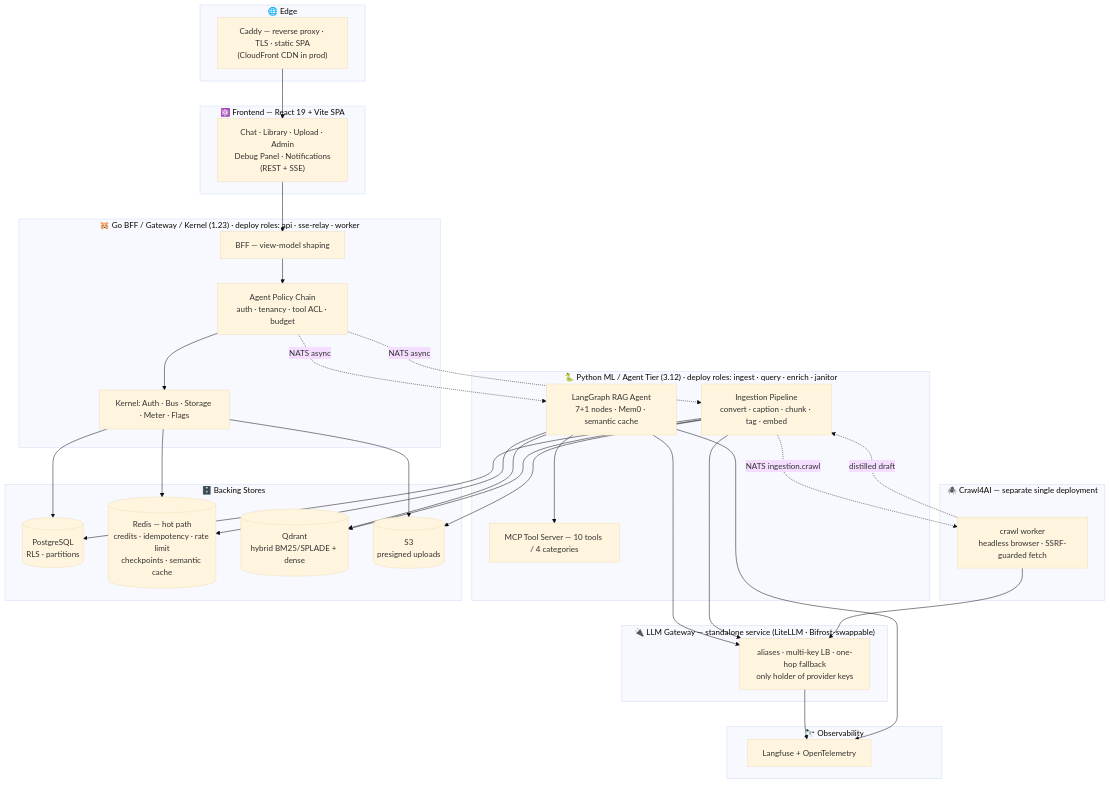
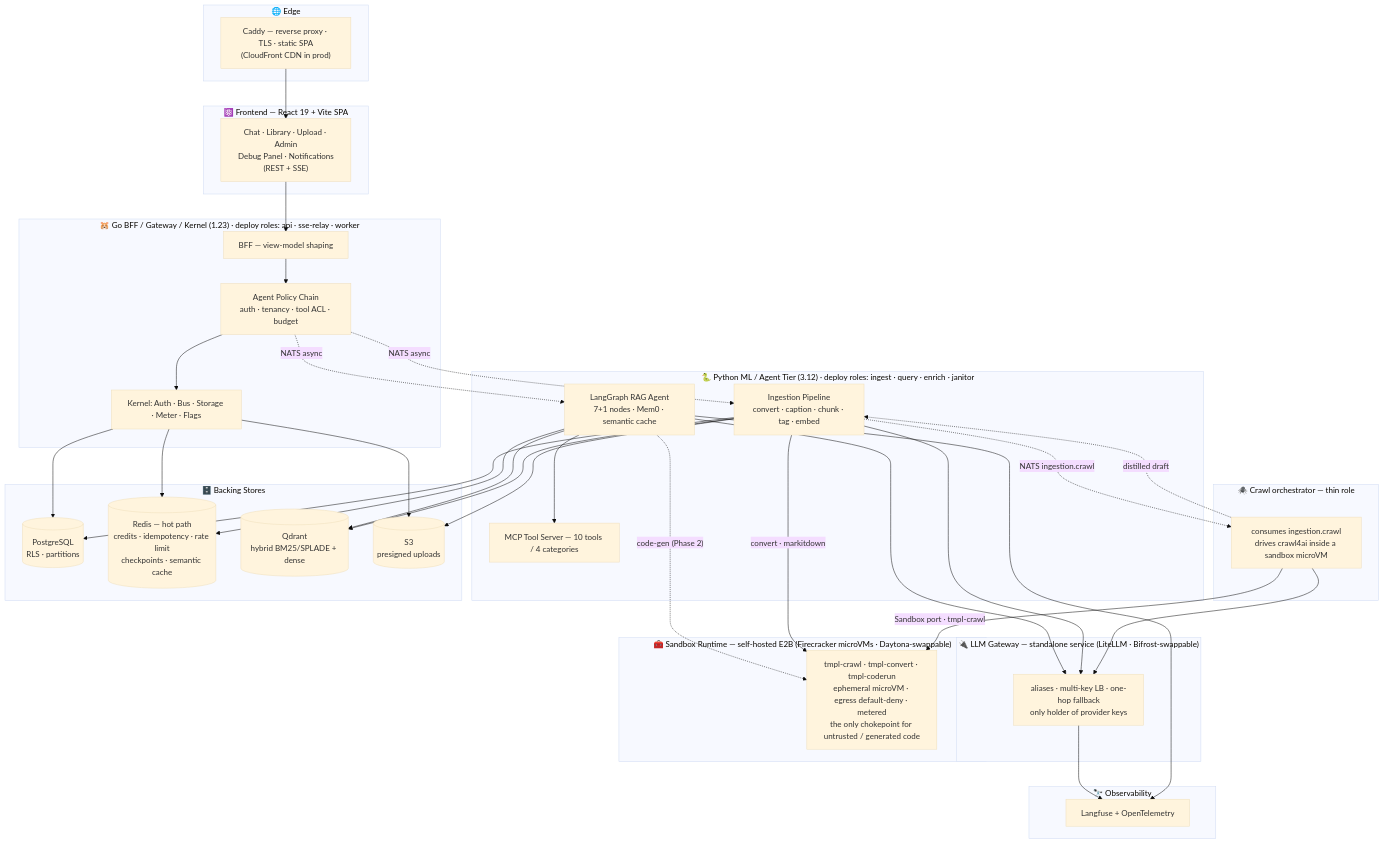
Before and after one commit to truongpx396/aisat-intel: the first of 7 diagrams in README.md, drawn with Mermaid (base theme). The commit also changed other lines of this file and 23 other files, not shown here.

````diff
--- a/README.md
+++ b/README.md
@@ -82,57 +82,64 @@
 ```mermaid
 flowchart TB
     subgraph Edge["🌐 Edge"]
         Caddy["Caddy — reverse proxy · TLS · static SPA<br/>(CloudFront CDN in prod)"]
     end
 
     subgraph FE["⚛️ Frontend — React 19 + Vite SPA"]
         SPA["Chat · Library · Upload · Admin<br/>Debug Panel · Notifications<br/>(REST + SSE)"]
     end
 
     subgraph GO["🐹 Go BFF / Gateway / Kernel (1.23) · deploy roles: api · sse-relay · worker"]
         BFF["BFF — view-model shaping"]
         Policy["Agent Policy Chain<br/>auth · tenancy · tool ACL · budget"]
         Kernel["Kernel: Auth · Bus · Storage · Meter · Flags"]
     end
 
     subgraph PY["🐍 Python ML / Agent Tier (3.12) · deploy roles: ingest · query · enrich · janitor"]
         Ingest["Ingestion Pipeline<br/>convert · caption · chunk · tag · embed"]
         Agent["LangGraph RAG Agent<br/>7+1 nodes · Mem0 · semantic cache"]
         MCP["MCP Tool Server — 10 tools / 4 categories"]
     end
 
-    subgraph CRAWL["🕷️ Crawl4AI — separate single deployment"]
-        Crawl["crawl worker<br/>headless browser · SSRF-guarded fetch"]
+    subgraph CRAWL["🕷️ Crawl orchestrator — thin role"]
+        Crawl["consumes ingestion.crawl<br/>drives crawl4ai inside a sandbox microVM"]
     end
 
     subgraph GATEWAY["🔌 LLM Gateway — standalone service (LiteLLM · Bifrost-swappable)"]
         Gateway["aliases · multi-key LB · one-hop fallback<br/>only holder of provider keys"]
+    end
+
+    subgraph SANDBOX["🧰 Sandbox Runtime — self-hosted E2B (Firecracker microVMs · Daytona-swappable)"]
+        Sbx["tmpl-crawl · tmpl-convert · tmpl-coderun<br/>ephemeral microVM · egress default-deny · metered<br/>the only chokepoint for untrusted / generated code"]
     end
 
     subgraph DATA["🗄️ Backing Stores"]
         PG[("PostgreSQL<br/>RLS · partitions")]
         Redis[("Redis — hot path<br/>credits · idempotency · rate limit<br/>checkpoints · semantic cache")]
         Qdrant[("Qdrant<br/>hybrid BM25/SPLADE + dense")]
         S3[("S3<br/>presigned uploads")]
     end
 
     subgraph OBS["🔭 Observability"]
         LF["Langfuse + OpenTelemetry"]
     end
 
     Caddy --> SPA --> BFF
     BFF --> Policy --> Kernel
     Policy -. NATS async .-> Ingest
     Policy -. NATS async .-> Agent
     Agent --> Gateway
     Agent --> MCP
+    Agent -.->|"code-gen (Phase 2)"| Sbx
     Ingest --> Gateway
+    Ingest -->|"convert · markitdown"| Sbx
     Ingest -.->|"NATS ingestion.crawl"| Crawl
     Crawl -.->|"distilled draft"| Ingest
+    Crawl -->|"Sandbox port · tmpl-crawl"| Sbx
     Crawl --> Gateway
     Kernel --> PG & Redis & S3
     Agent --> Qdrant & Redis
     Ingest --> Qdrant & PG & S3
     Gateway --> LF
     Agent --> LF
 ```
````
